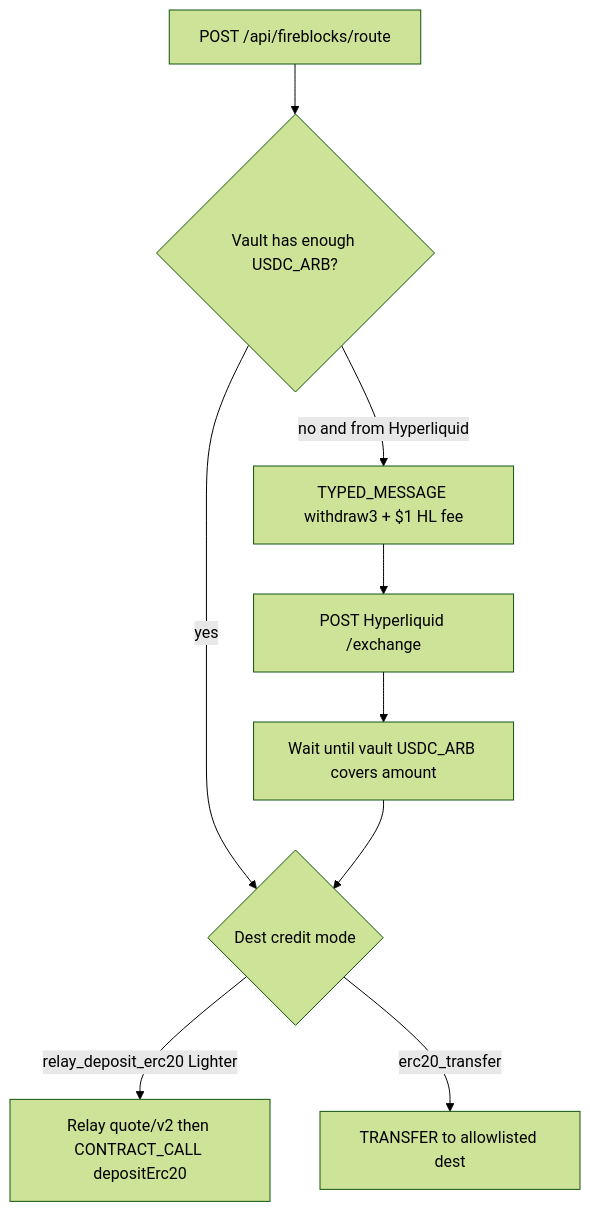
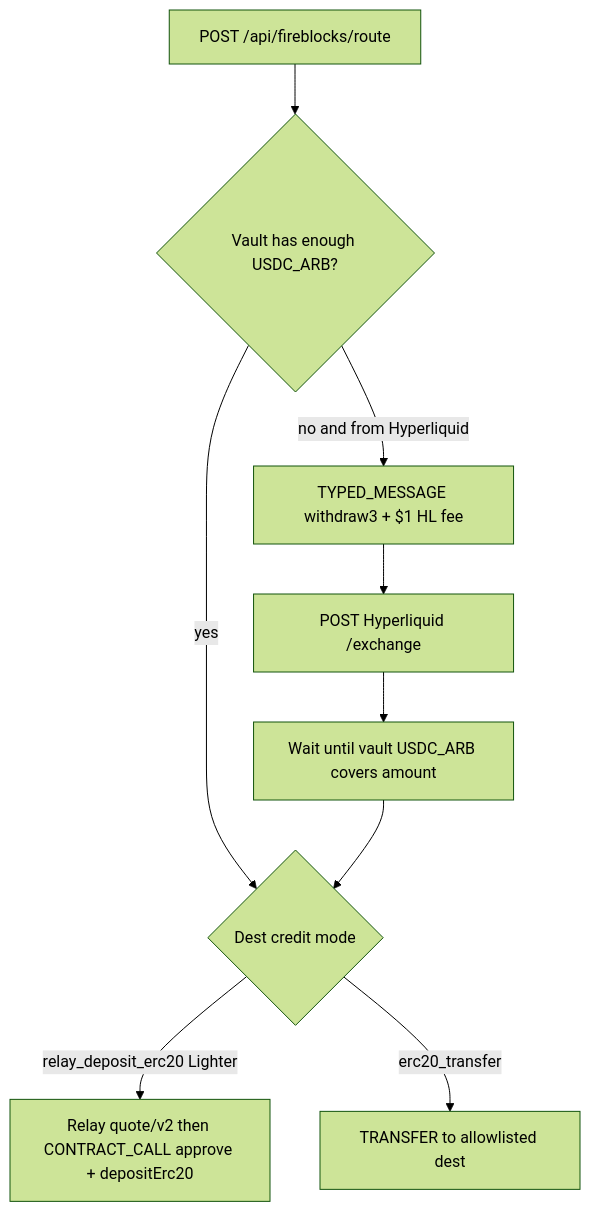
One commit to JellyCWenning/signet changed the third of 3 diagrams in docs/MANUAL.md. Above: the diagram before and after it, drawn with Mermaid (forest theme). The commit also changed other lines of this file and 7 other files, not shown here.

First line of the commit message:
Retry Lighter USDC approve as CONTRACT_CALL, skip if allowance remains

````diff
--- a/docs/MANUAL.md
+++ b/docs/MANUAL.md
@@ -241,11 +241,11 @@
 ```mermaid
 flowchart TD
   A[POST /api/fireblocks/route] --> B{Vault has enough USDC_ARB?}
   B -->|yes| C{Dest credit mode}
   B -->|no and from Hyperliquid| W[TYPED_MESSAGE withdraw3 + $1 HL fee]
   W --> H[POST Hyperliquid /exchange]
   H --> V[Wait until vault USDC_ARB covers amount]
   V --> C
-  C -->|relay_deposit_erc20 Lighter| R[Relay quote/v2 then CONTRACT_CALL depositErc20]
+  C -->|relay_deposit_erc20 Lighter| R[Relay quote/v2 then CONTRACT_CALL approve + depositErc20]
   C -->|erc20_transfer| T[TRANSFER to allowlisted dest]
 ```
````
